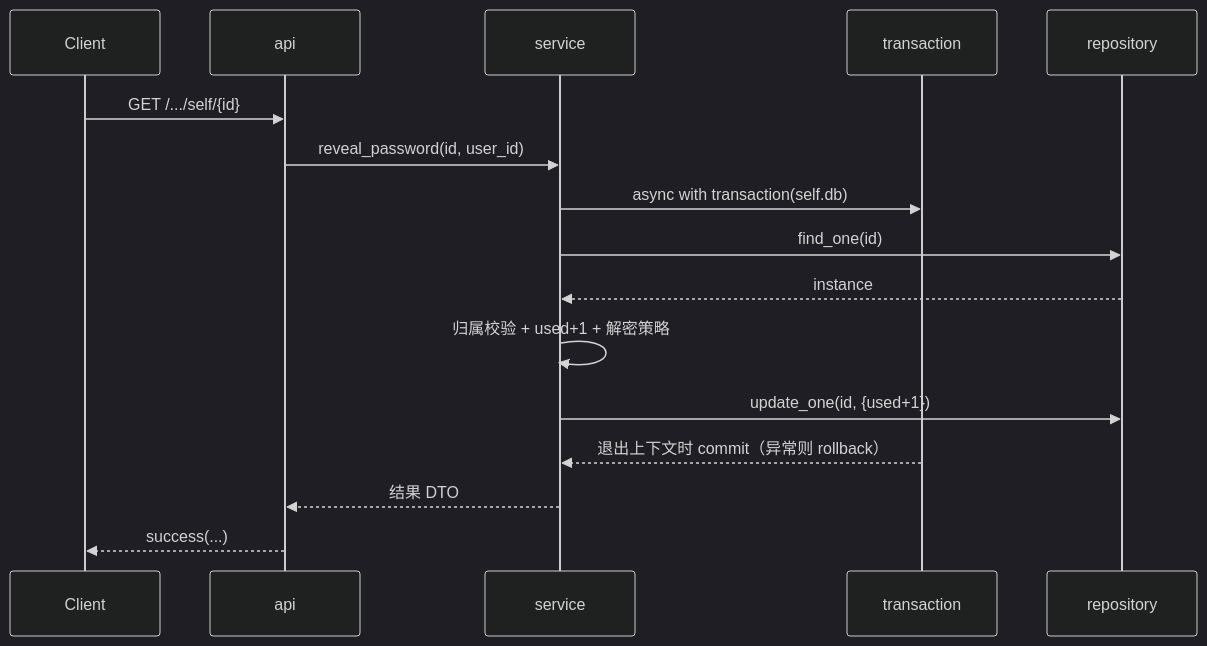
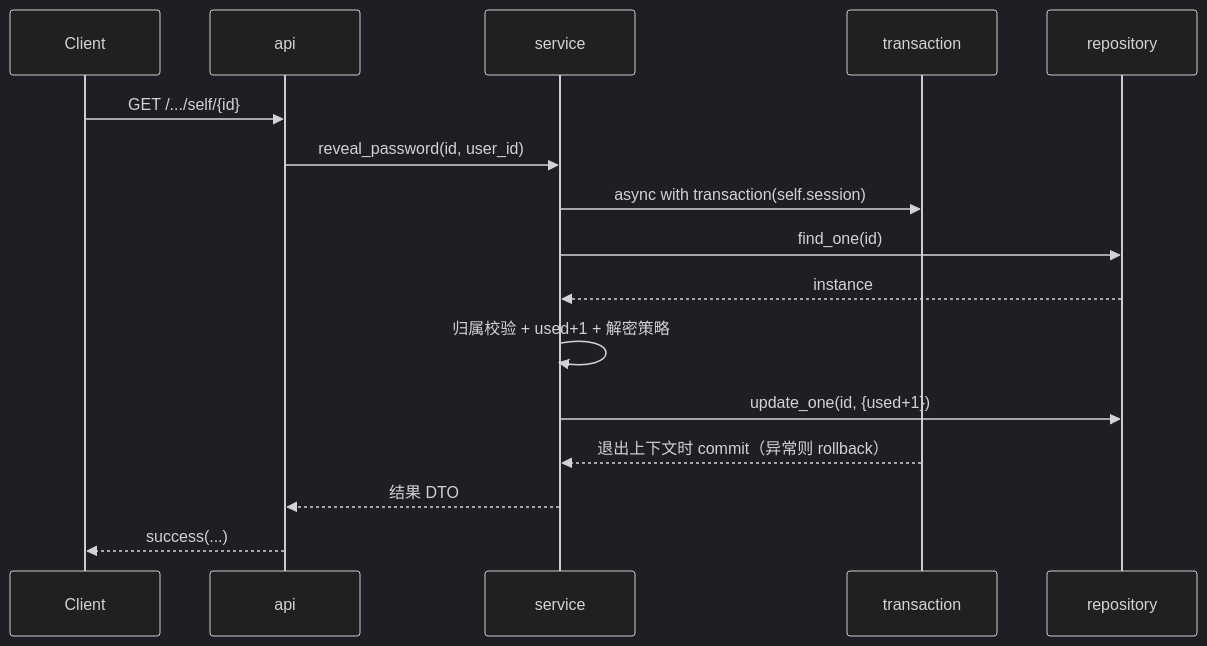
Before and after one commit to swxs/home: the second of 2 diagrams in docs/architecture/layering.md, drawn with Mermaid (dark theme). The commit also changed other lines of this file and 48 other files, not shown here.

````diff
--- a/docs/architecture/layering.md
+++ b/docs/architecture/layering.md
@@ -96,18 +109,18 @@
 ```mermaid
 sequenceDiagram
     participant C as Client
     participant A as api
     participant S as service
     participant T as transaction
     participant R as repository
     C->>A: GET /.../self/{id}
     A->>S: reveal_password(id, user_id)
-    S->>T: async with transaction(self.db)
+    S->>T: async with transaction(self.session)
     S->>R: find_one(id)
     R-->>S: instance
     S->>S: 归属校验 + used+1 + 解密策略
     S->>R: update_one(id, {used+1})
     T-->>S: 退出上下文时 commit（异常则 rollback）
     S-->>A: 结果 DTO
     A-->>C: success(...)
 ```
````
